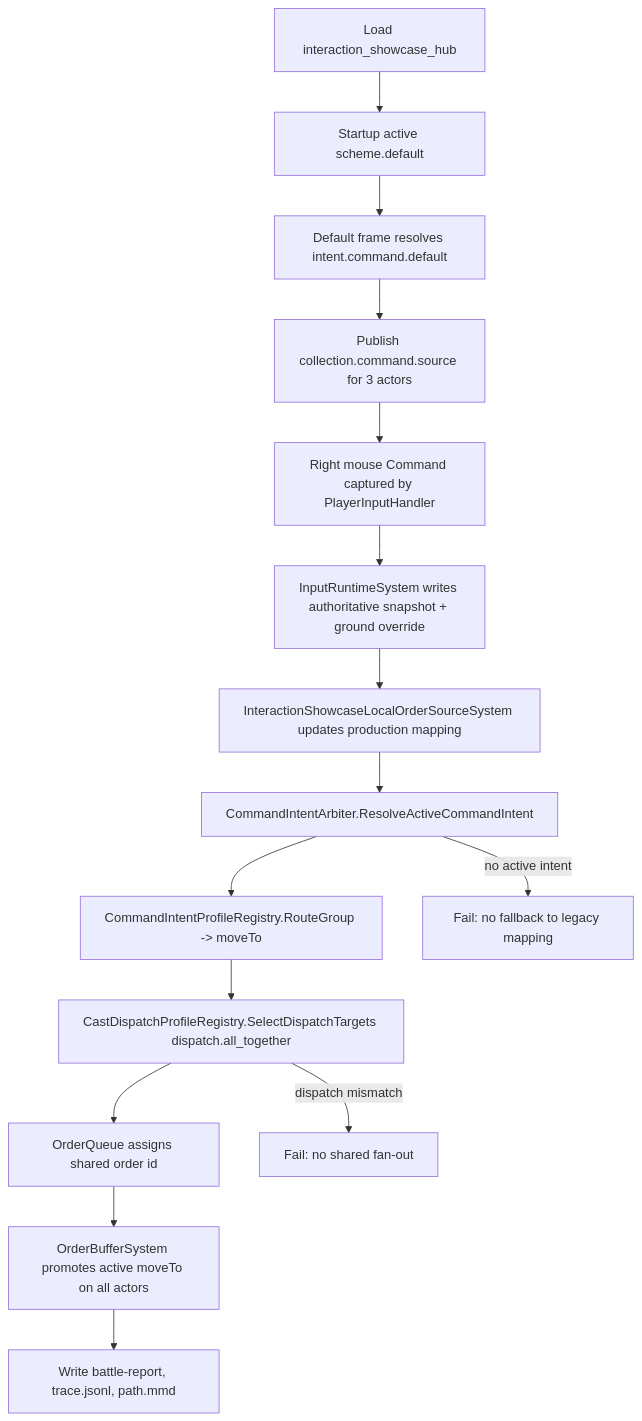
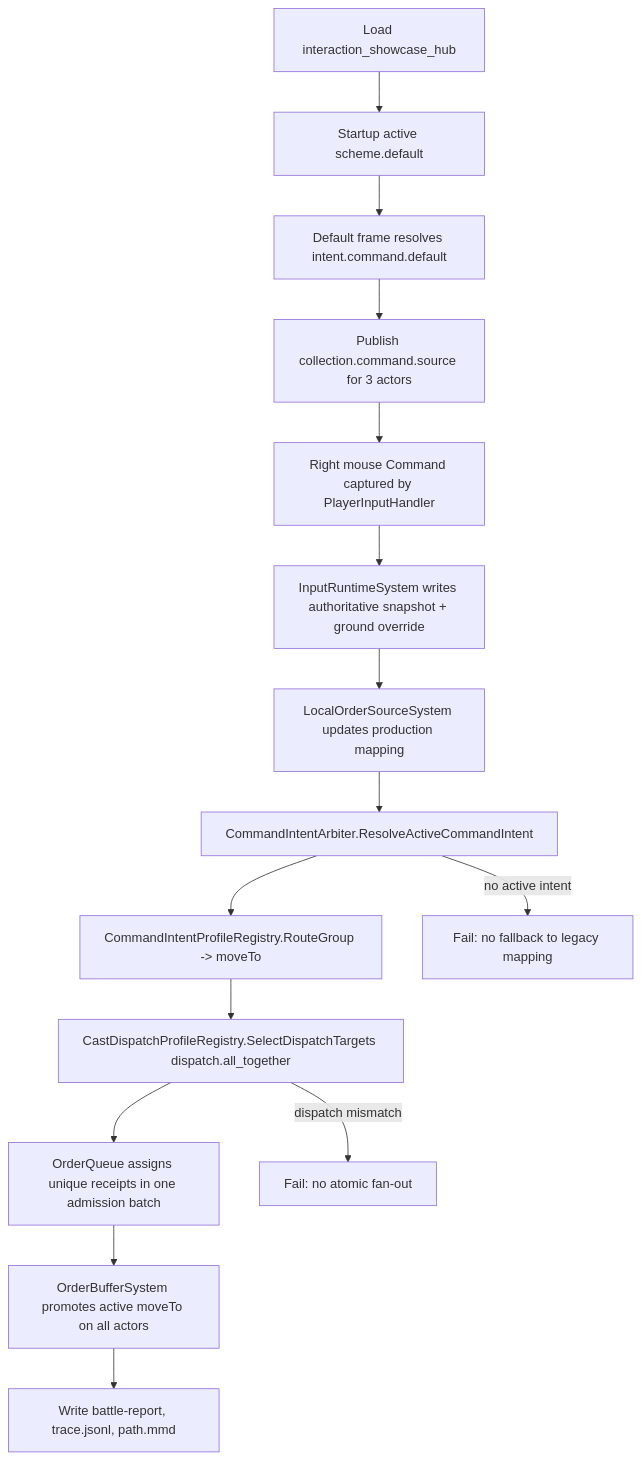
Before and after one commit to MightyBubble/Ludots: the diagram in artifacts/acceptance/rfc0065-showcase-workflow/path.mmd, drawn with Mermaid. The commit also changed 92 other files, not shown here.

First line of the commit message:
refactor(graph): 切C——#1536 肃清：删 Core ActionLoops，行为全面图数据化

```diff
--- a/artifacts/acceptance/rfc0065-showcase-workflow/path.mmd
+++ b/artifacts/acceptance/rfc0065-showcase-workflow/path.mmd
@@ -1,15 +1,15 @@
 flowchart TD
     A["Load interaction_showcase_hub"] --> B["Startup active scheme.default"]
     B --> C["Default frame resolves intent.command.default"]
     C --> D["Publish collection.command.source for 3 actors"]
     D --> E["Right mouse Command captured by PlayerInputHandler"]
     E --> F["InputRuntimeSystem writes authoritative snapshot + ground override"]
-    F --> G["InteractionShowcaseLocalOrderSourceSystem updates production mapping"]
+    F --> G["LocalOrderSourceSystem updates production mapping"]
     G --> H["CommandIntentArbiter.ResolveActiveCommandIntent"]
     H --> I["CommandIntentProfileRegistry.RouteGroup -> moveTo"]
     I --> J["CastDispatchProfileRegistry.SelectDispatchTargets dispatch.all_together"]
-    J --> K["OrderQueue assigns shared order id"]
+    J --> K["OrderQueue assigns unique receipts in one admission batch"]
     K --> L["OrderBufferSystem promotes active moveTo on all actors"]
     L --> M["Write battle-report, trace.jsonl, path.mmd"]
     H -->|no active intent| X["Fail: no fallback to legacy mapping"]
-    J -->|dispatch mismatch| Y["Fail: no shared fan-out"]
+    J -->|dispatch mismatch| Y["Fail: no atomic fan-out"]
```
